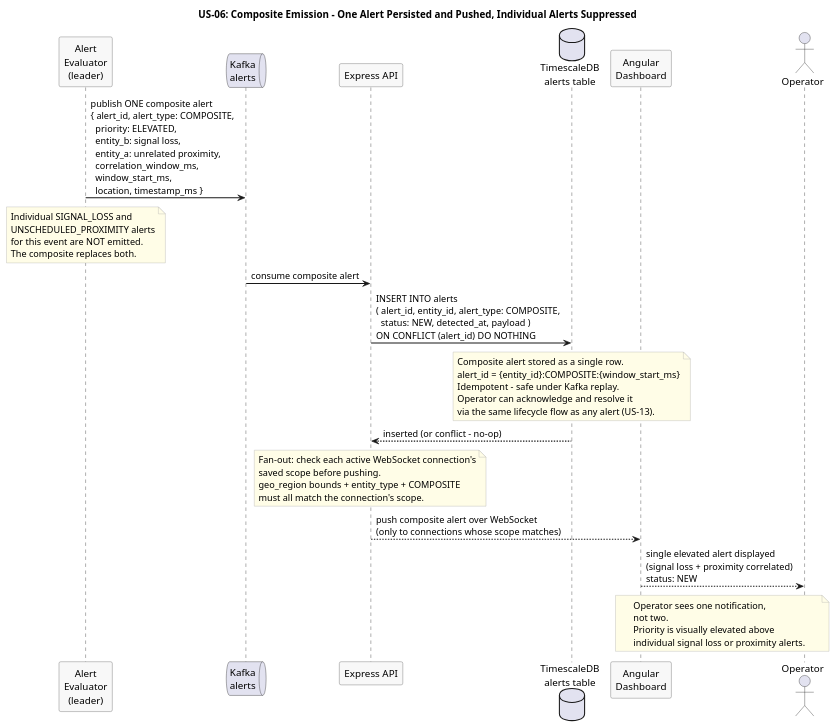
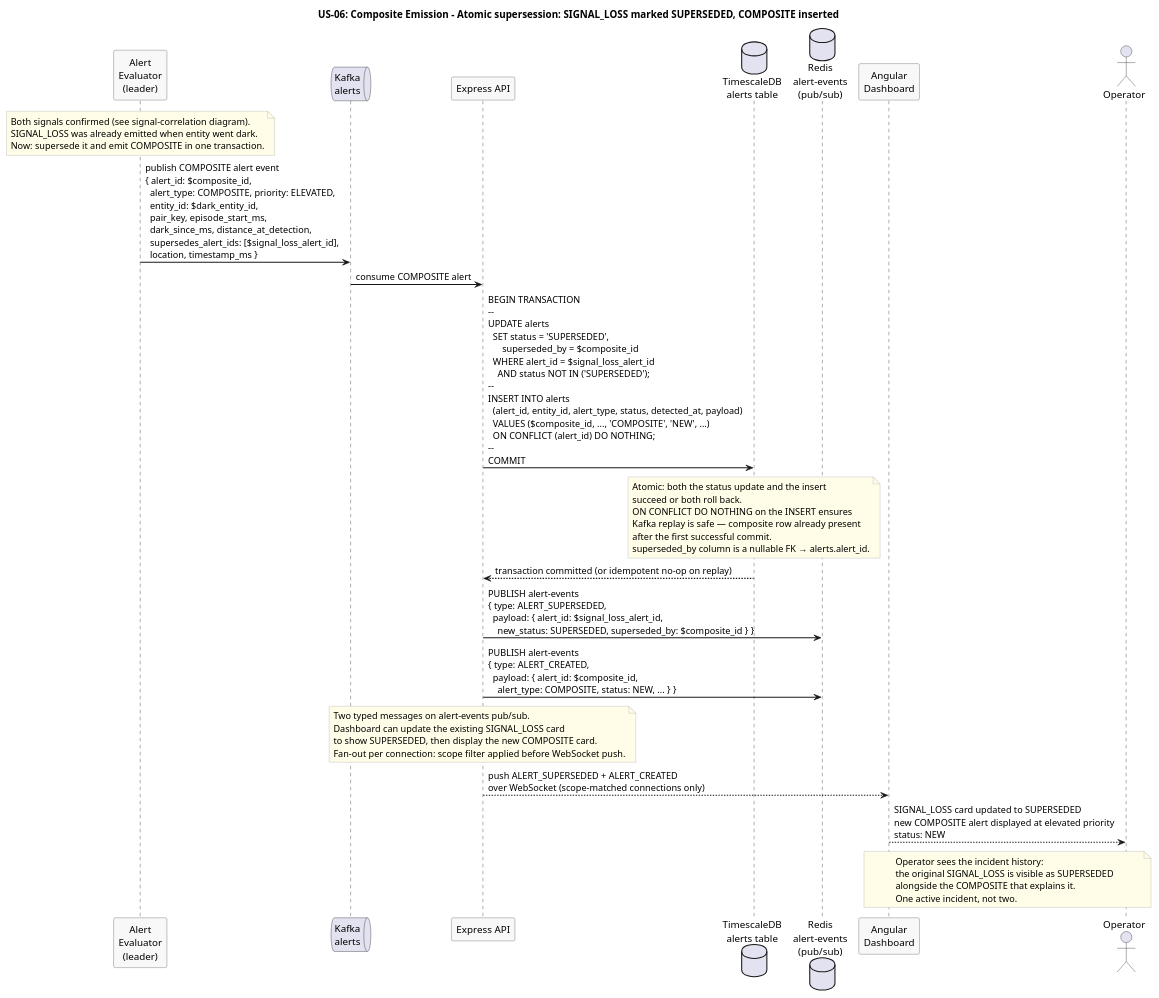
The diagram in docs/use-cases/US-06-composite-alert/composite-emission.puml (Buffden/sentinel), drawn with PlantUML before and after one commit. The commit also changed 7 other files, not shown here.

First line of the commit message:
alert-evaluator: composite supersession model — SIGNAL_LOSS emitted immediately, proximity supersedes atomically

```diff
--- a/docs/use-cases/US-06-composite-alert/composite-emission.puml
+++ b/docs/use-cases/US-06-composite-alert/composite-emission.puml
@@ -1,58 +1,63 @@
 @startuml composite-emission
-title US-06: Composite Emission - One Alert Persisted and Pushed, Individual Alerts Suppressed
+title US-06: Composite Emission - Atomic supersession: SIGNAL_LOSS marked SUPERSEDED, COMPOSITE inserted
 
 skinparam sequenceArrowThickness 1.5
 skinparam participantBorderColor #555555
 skinparam participantBackgroundColor #F8F8F8
 skinparam noteBorderColor #AAAAAA
 skinparam noteBackgroundColor #FFFDE7
 
 participant "Alert\nEvaluator\n(leader)" as Evaluator
 queue "Kafka\nalerts" as Kafka
 participant "Express API" as API
 database "TimescaleDB\nalerts table" as TSDB
+database "Redis\nalert-events\n(pub/sub)" as AlertEvents
 participant "Angular\nDashboard" as Dashboard
 actor Operator
 
-Evaluator -> Kafka : publish ONE composite alert\n{ alert_id, alert_type: COMPOSITE,\n  priority: ELEVATED,\n  entity_b: signal loss,\n  entity_a: unrelated proximity,\n  correlation_window_ms,\n  window_start_ms,\n  location, timestamp_ms }
-
 note over Evaluator
-  Individual SIGNAL_LOSS and
-  UNSCHEDULED_PROXIMITY alerts
-  for this event are NOT emitted.
-  The composite replaces both.
+  Both signals confirmed (see signal-correlation diagram).
+  SIGNAL_LOSS was already emitted when entity went dark.
+  Now: supersede it and emit COMPOSITE in one transaction.
 end note
 
-Kafka -> API : consume composite alert
+Evaluator -> Kafka : publish COMPOSITE alert event\n{ alert_id: $composite_id,\n  alert_type: COMPOSITE, priority: ELEVATED,\n  entity_id: $dark_entity_id,\n  pair_key, episode_start_ms,\n  dark_since_ms, distance_at_detection,\n  supersedes_alert_ids: [$signal_loss_alert_id],\n  location, timestamp_ms }
 
-API -> TSDB : INSERT INTO alerts\n( alert_id, entity_id, alert_type: COMPOSITE,\n  status: NEW, detected_at, payload )\nON CONFLICT (alert_id) DO NOTHING
+Kafka -> API : consume COMPOSITE alert
+
+API -> TSDB : BEGIN TRANSACTION\n--\nUPDATE alerts\n  SET status = 'SUPERSEDED',\n      superseded_by = $composite_id\n  WHERE alert_id = $signal_loss_alert_id\n    AND status NOT IN ('SUPERSEDED');\n--\nINSERT INTO alerts\n  (alert_id, entity_id, alert_type, status, detected_at, payload)\n  VALUES ($composite_id, ..., 'COMPOSITE', 'NEW', ...)\n  ON CONFLICT (alert_id) DO NOTHING;\n--\nCOMMIT
 
 note over TSDB
-  Composite alert stored as a single row.
-  alert_id = {entity_id}:COMPOSITE:{window_start_ms}
-  Idempotent - safe under Kafka replay.
-  Operator can acknowledge and resolve it
-  via the same lifecycle flow as any alert (US-13).
+  Atomic: both the status update and the insert
+  succeed or both roll back.
+  ON CONFLICT DO NOTHING on the INSERT ensures
+  Kafka replay is safe — composite row already present
+  after the first successful commit.
+  superseded_by column is a nullable FK → alerts.alert_id.
 end note
 
-TSDB --> API : inserted (or conflict - no-op)
+TSDB --> API : transaction committed (or idempotent no-op on replay)
+
+API -> AlertEvents : PUBLISH alert-events\n{ type: ALERT_SUPERSEDED,\n  payload: { alert_id: $signal_loss_alert_id,\n    new_status: SUPERSEDED, superseded_by: $composite_id } }
+
+API -> AlertEvents : PUBLISH alert-events\n{ type: ALERT_CREATED,\n  payload: { alert_id: $composite_id,\n    alert_type: COMPOSITE, status: NEW, ... } }
 
 note over API
-  Fan-out: check each active WebSocket connection's
-  saved scope before pushing.
-  geo_region bounds + entity_type + COMPOSITE
-  must all match the connection's scope.
+  Two typed messages on alert-events pub/sub.
+  Dashboard can update the existing SIGNAL_LOSS card
+  to show SUPERSEDED, then display the new COMPOSITE card.
+  Fan-out per connection: scope filter applied before WebSocket push.
 end note
 
-API --> Dashboard : push composite alert over WebSocket\n(only to connections whose scope matches)
+API --> Dashboard : push ALERT_SUPERSEDED + ALERT_CREATED\nover WebSocket (scope-matched connections only)
 
-Dashboard --> Operator : single elevated alert displayed\n(signal loss + proximity correlated)\nstatus: NEW
+Dashboard --> Operator : SIGNAL_LOSS card updated to SUPERSEDED\nnew COMPOSITE alert displayed at elevated priority\nstatus: NEW
 
 note over Dashboard, Operator
-  Operator sees one notification,
-  not two.
-  Priority is visually elevated above
-  individual signal loss or proximity alerts.
+  Operator sees the incident history:
+  the original SIGNAL_LOSS is visible as SUPERSEDED
+  alongside the COMPOSITE that explains it.
+  One active incident, not two.
 end note
 
 @enduml
```
